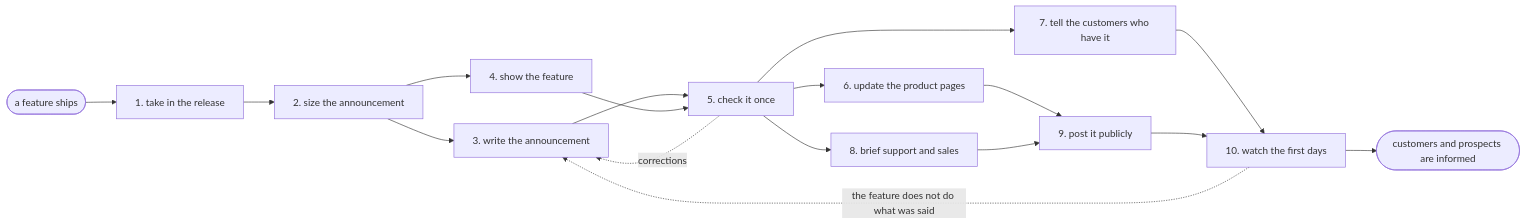
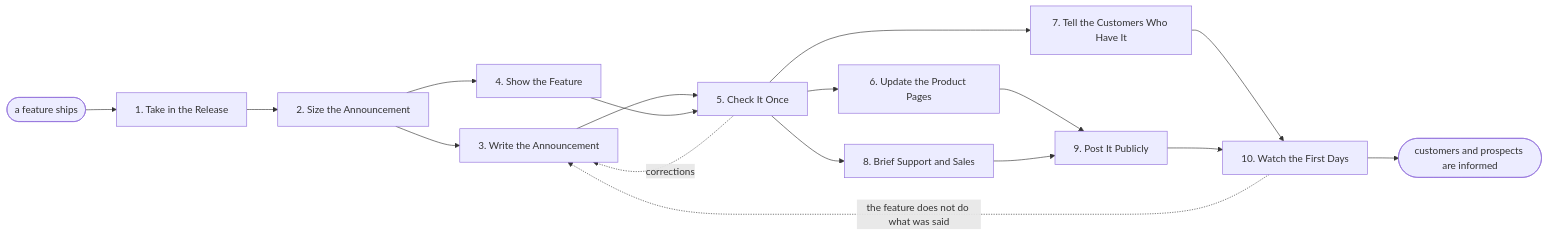
The diagram in processes/marketing/feature-release.md (jeffrschneider/agentcatalog), drawn with Mermaid before and after one commit. The commit also changed other lines of this file and 146 other files, not shown here.

````diff
--- a/processes/marketing/feature-release.md
+++ b/processes/marketing/feature-release.md
@@ -37,19 +37,19 @@
 ```mermaid
 flowchart LR
-  T([a feature ships]) --> A1[1. take in the release]
-  A1 --> A2[2. size the announcement]
-  A2 --> A3[3. write the announcement]
-  A2 --> A4[4. show the feature]
-  A3 --> A5[5. check it once]
+  T([a feature ships]) --> A1[1. Take in the Release]
+  A1 --> A2[2. Size the Announcement]
+  A2 --> A3[3. Write the Announcement]
+  A2 --> A4[4. Show the Feature]
+  A3 --> A5[5. Check It Once]
   A4 --> A5
   A5 -. corrections .-> A3
-  A5 --> A6[6. update the product pages]
-  A5 --> A7[7. tell the customers who have it]
-  A5 --> A8[8. brief support and sales]
-  A6 --> A9[9. post it publicly]
+  A5 --> A6[6. Update the Product Pages]
+  A5 --> A7[7. Tell the Customers Who Have It]
+  A5 --> A8[8. Brief Support and Sales]
+  A6 --> A9[9. Post It Publicly]
   A8 --> A9
-  A7 --> A10[10. watch the first days]
+  A7 --> A10[10. Watch the First Days]
   A9 --> A10
   A10 -. the feature does not do what was said .-> A3
   A10 --> DONE([customers and prospects are informed])
 ```
````
